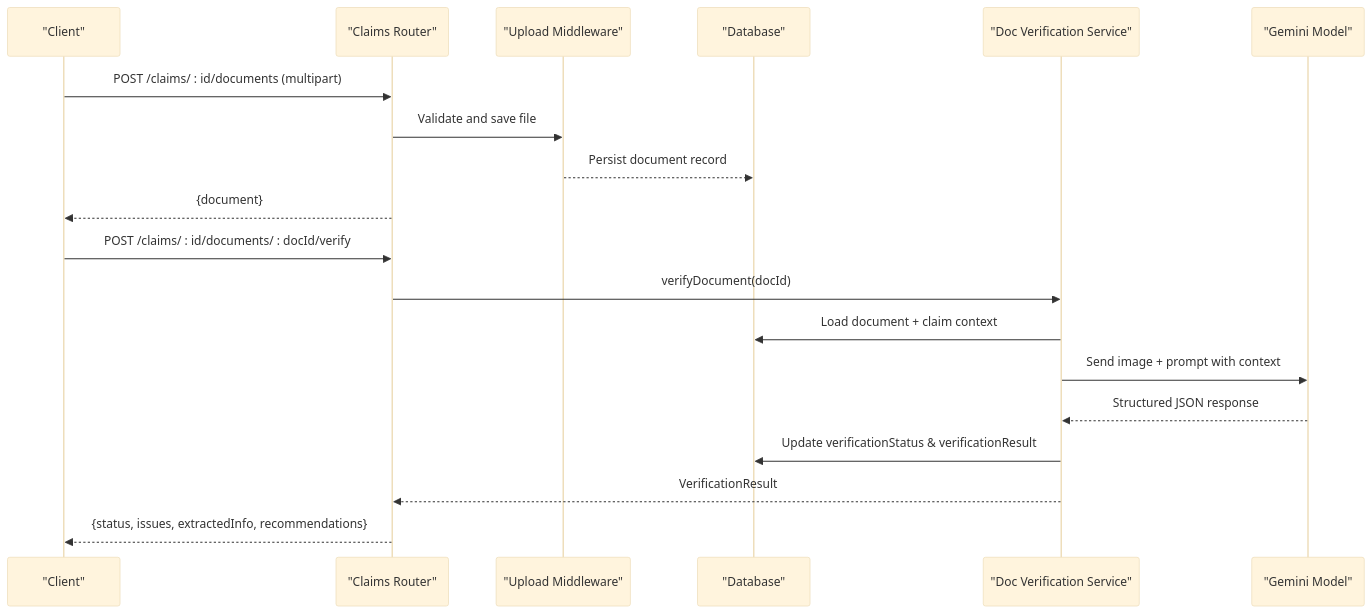
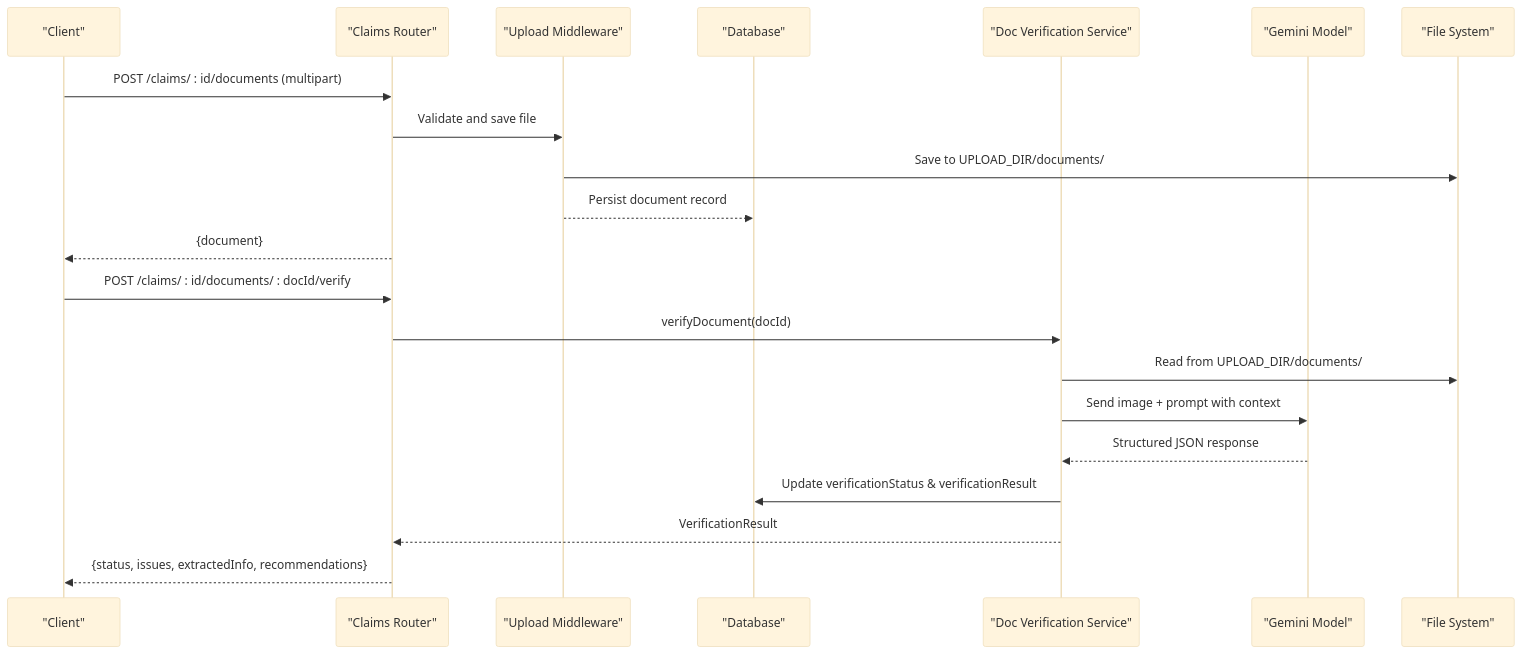
The second of 6 diagrams in .qoder/repowiki/en/content/Backend Documentation/Business Logic & Services/Document Verification Service.md (NaveenHiranya/Smart-Vehicle-Insurance-Claim-System), drawn with Mermaid (base theme) before and after one commit. The commit also changed other lines of this file and 65 other files, not shown here.

````diff
--- a/.qoder/repowiki/en/content/Backend Documentation/Business Logic & Services/Document Verification Service.md
+++ b/.qoder/repowiki/en/content/Backend Documentation/Business Logic & Services/Document Verification Service.md
@@ -90,21 +104,23 @@
 ```mermaid
 sequenceDiagram
 participant C as "Client"
 participant R as "Claims Router"
 participant U as "Upload Middleware"
 participant D as "Database"
 participant S as "Doc Verification Service"
 participant G as "Gemini Model"
+participant FS as "File System"
 C->>R : POST /claims/ : id/documents (multipart)
 R->>U : Validate and save file
+U->>FS : Save to UPLOAD_DIR/documents/
 U-->>D : Persist document record
 R-->>C : {document}
 C->>R : POST /claims/ : id/documents/ : docId/verify
 R->>S : verifyDocument(docId)
-S->>D : Load document + claim context
+S->>FS : Read from UPLOAD_DIR/documents/
 S->>G : Send image + prompt with context
 G-->>S : Structured JSON response
 S->>D : Update verificationStatus & verificationResult
 S-->>R : VerificationResult
 R-->>C : {status, issues, extractedInfo, recommendations}
 ```
````
